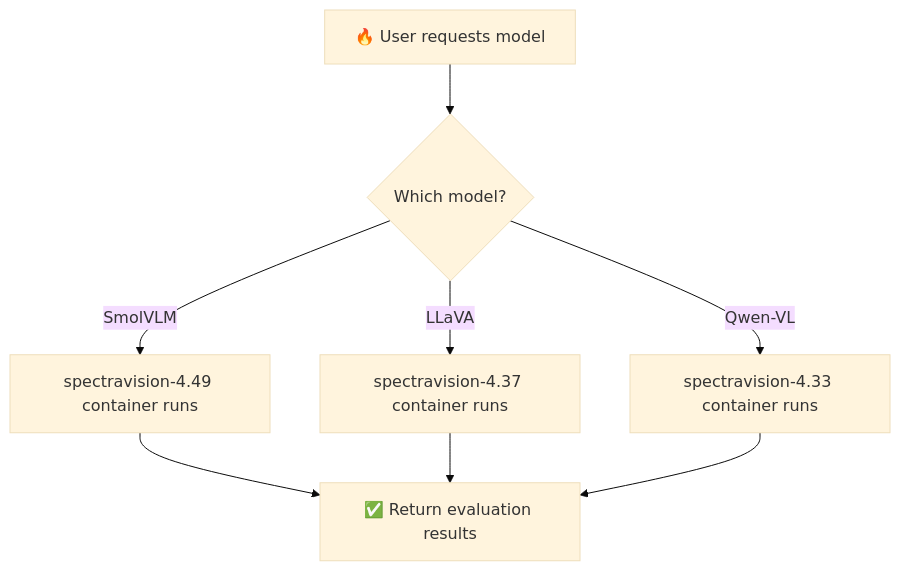
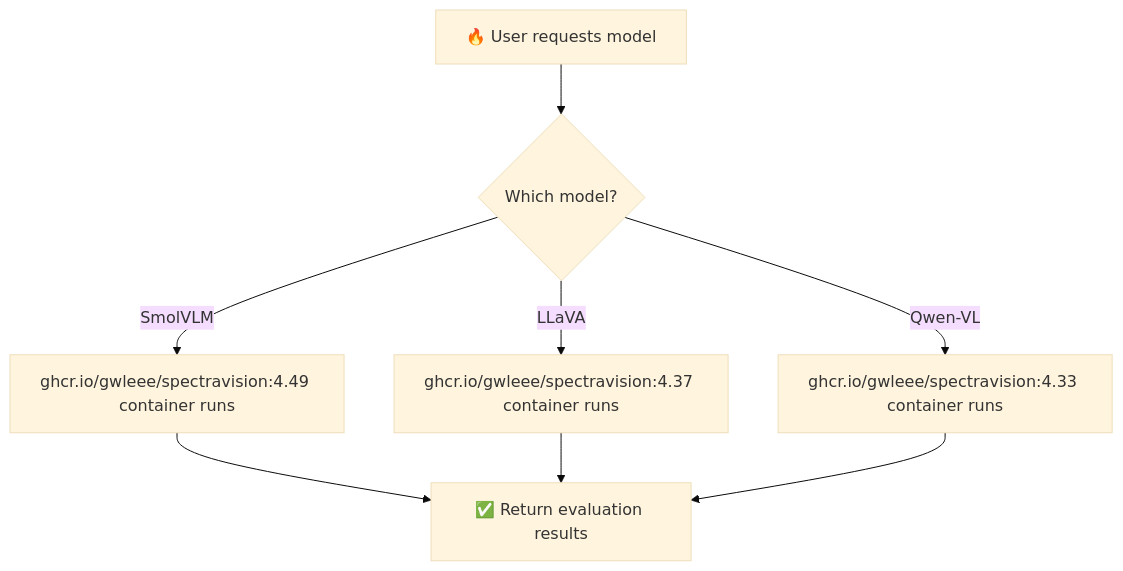
The diagram in README.md (gwleee/SpectraBench-Vision), drawn with Mermaid (base theme) before and after one commit. The commit also changed other lines of this file and 1 other file, not shown here.

Commit message:
update docker registry paths and workflows for proper container registry integration

````diff
--- a/README.md
+++ b/README.md
@@ -41,10 +41,10 @@
 ```mermaid
 graph TD
     A[🔥 User requests model] --> B{Which model?}
-    B -->|SmolVLM| C[spectravision-4.49 container runs]
-    B -->|LLaVA| D[spectravision-4.37 container runs] 
-    B -->|Qwen-VL| E[spectravision-4.33 container runs]
+    B -->|SmolVLM| C[ghcr.io/gwleee/spectravision:4.49 container runs]
+    B -->|LLaVA| D[ghcr.io/gwleee/spectravision:4.37 container runs] 
+    B -->|Qwen-VL| E[ghcr.io/gwleee/spectravision:4.33 container runs]
     C --> F[✅ Return evaluation results]
     D --> F
     E --> F
 ```
````
